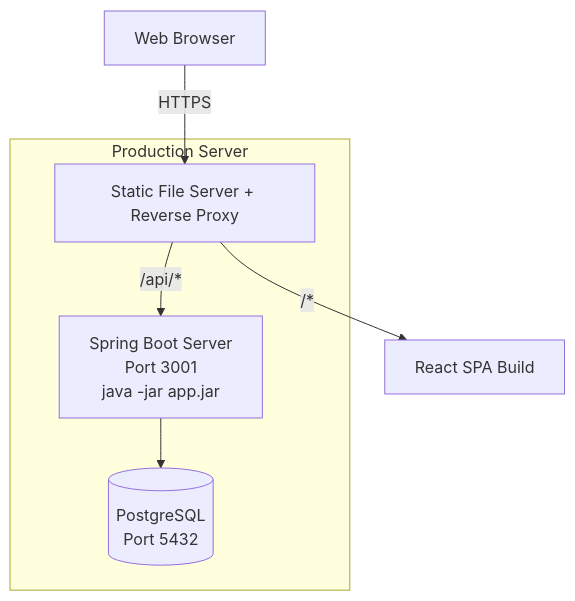
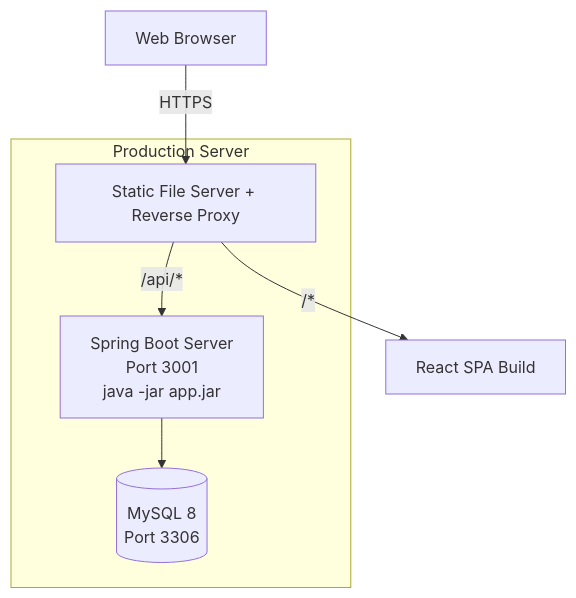
Before and after one commit to nghiaxh/hr-management: diagram 20 of 24 in docs/SDD.md, drawn with Mermaid. The commit also changed other lines of this file and 4 other files, not shown here.

````diff
--- a/docs/SDD.md
+++ b/docs/SDD.md
@@ -1075,12 +1076,12 @@
 ```mermaid
 graph TB
     subgraph "Production Server"
-        DB[(PostgreSQL<br/>Port 5432)]
+        DB[(MySQL 8<br/>Port 3306)]
         SERVER[Spring Boot Server<br/>Port 3001<br/>java -jar app.jar]
         NGINX[Static File Server + Reverse Proxy]
     end
     BROWSER[Web Browser] -->|HTTPS| NGINX
     NGINX -->|/api/*| SERVER
     NGINX -->|/*| REACT_BUILD[React SPA Build]
     SERVER --> DB
 ```
````
